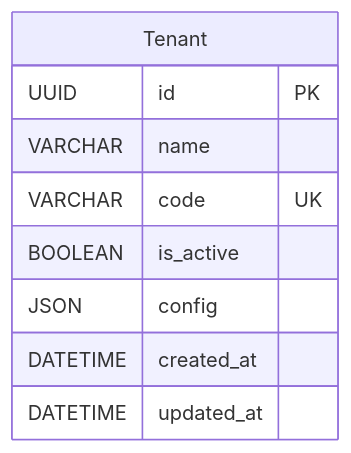
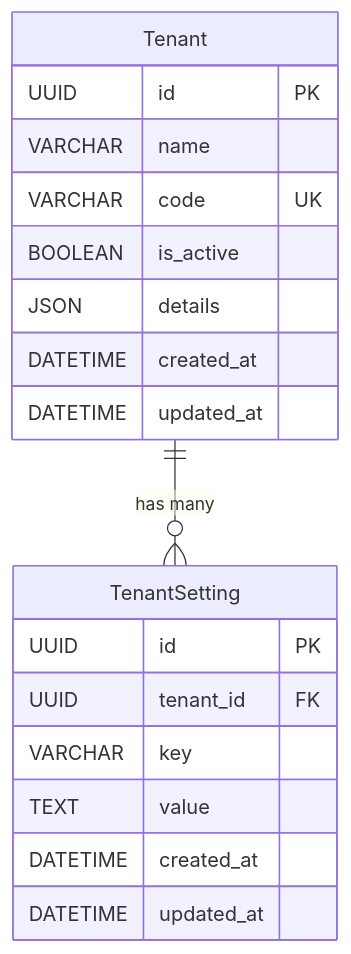
The second of 4 diagrams in docs/data-model.md (camercadop/drf-enterprise-information-platform), drawn with Mermaid before and after one commit. The commit also changed other lines of this file and 11 other files, not shown here.

````diff
--- a/docs/data-model.md
+++ b/docs/data-model.md
@@ -44,12 +45,23 @@
 ```mermaid
 erDiagram
     Tenant {
         UUID id PK
         VARCHAR name
         VARCHAR code UK
         BOOLEAN is_active
-        JSON config
+        JSON details
         DATETIME created_at
         DATETIME updated_at
     }
+
+    TenantSetting {
+        UUID id PK
+        UUID tenant_id FK
+        VARCHAR key
+        TEXT value
+        DATETIME created_at
+        DATETIME updated_at
+    }
+
+    Tenant ||--o{ TenantSetting : "has many"
 ```
````
